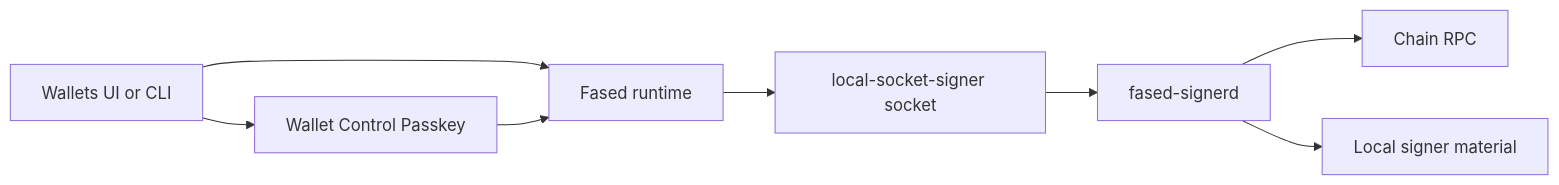
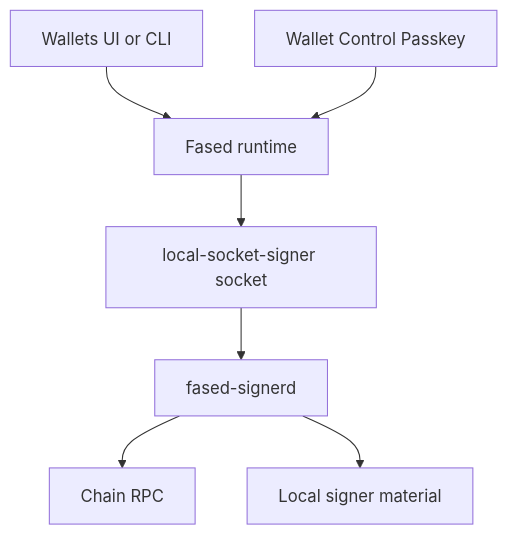
Before and after one commit to fased-ai/fased: the diagram in docs/plugins/crypto/wallet-self-hosted.md, drawn with Mermaid. The commit also changed other lines of this file and 264 other files, not shown here.

````diff
--- a/docs/plugins/crypto/wallet-self-hosted.md
+++ b/docs/plugins/crypto/wallet-self-hosted.md
@@ -137,10 +136,9 @@
 ```mermaid
-flowchart LR
-    UI[Wallets UI or CLI] --> Runtime[Fased runtime]
-    Runtime --> Socket[local-socket-signer socket]
-    Socket --> Signer[fased-signerd]
-    Signer --> RPC[Chain RPC]
-    Signer --> Material[Local signer material]
-    UI --> Passkey[Wallet Control Passkey]
-    Passkey --> Runtime
+flowchart TD
+    UI["Wallets UI or CLI"] --> Runtime["Fased runtime"]
+    Passkey["Wallet Control Passkey"] --> Runtime
+    Runtime --> Socket["local-socket-signer socket"]
+    Socket --> Signer["fased-signerd"]
+    Signer --> RPC["Chain RPC"]
+    Signer --> Material["Local signer material"]
 ```
````
